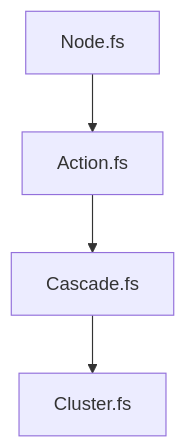
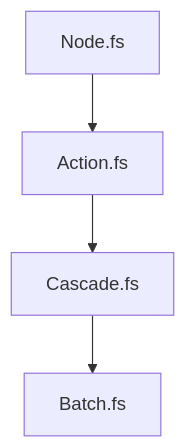
The diagram in src/Terrabuild/Core/GraphPipeline/GraphPipeline.md (MagnusOpera/terrabuild), drawn with Mermaid before and after one commit. The commit also changed other lines of this file, not shown here.

Commit message:
chore: update graph pipeline docs

````diff
--- a/src/Terrabuild/Core/GraphPipeline/GraphPipeline.md
+++ b/src/Terrabuild/Core/GraphPipeline/GraphPipeline.md
@@ -6,6 +6,6 @@
 ```mermaid
 graph TD
 	A[Node.fs] --> B[Action.fs]
 	B --> C[Cascade.fs]
-	C --> D[Cluster.fs]
+	C --> D[Batch.fs]
 ```
````
